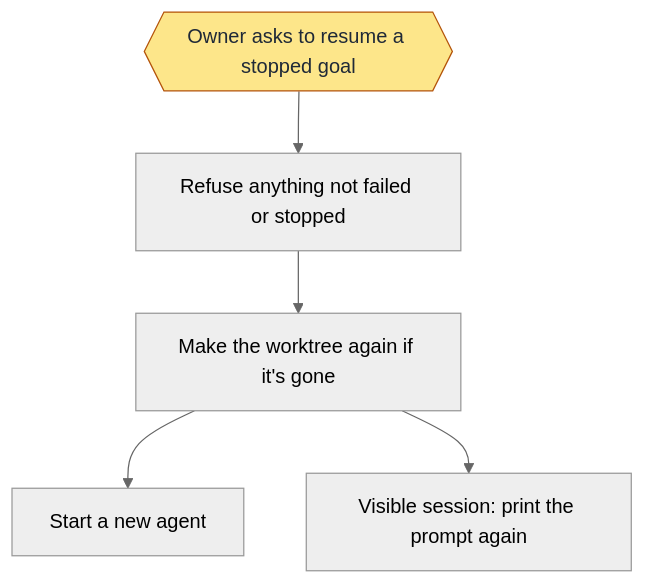
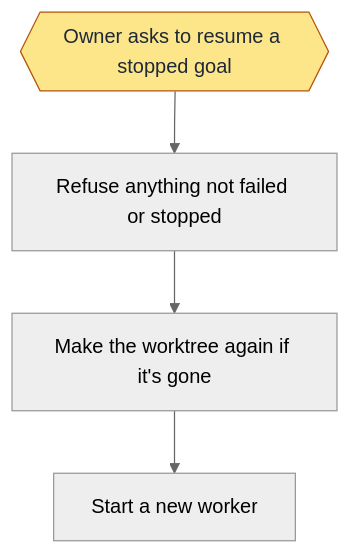
One commit to jcl2018/agent-workflow-template changed the sixth of 17 diagrams in docs/wiki/Monitoring.md. Above: the diagram before and after it, drawn with Mermaid (neutral theme). The commit also changed other lines of this file and 21 other files, not shown here.

````diff
--- a/docs/wiki/Monitoring.md
+++ b/docs/wiki/Monitoring.md
@@ -205,14 +218,12 @@
 ```mermaid
 flowchart TD
   o{{"Owner asks to resume a stopped goal"}}
   a["Refuse anything not failed or stopped"]
   b["Make the worktree again if it's gone"]
-  c["Start a new agent"]
-  d["Visible session: print the prompt again"]
+  c["Start a new worker"]
   o --> a
   a --> b
   b --> c
-  b --> d
   classDef owner fill:#fde68a,stroke:#b45309,color:#1f2937
   class o owner
 ```
````
